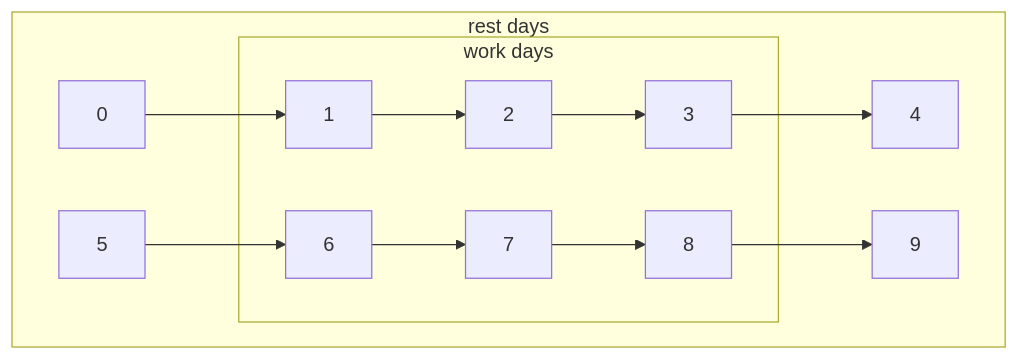
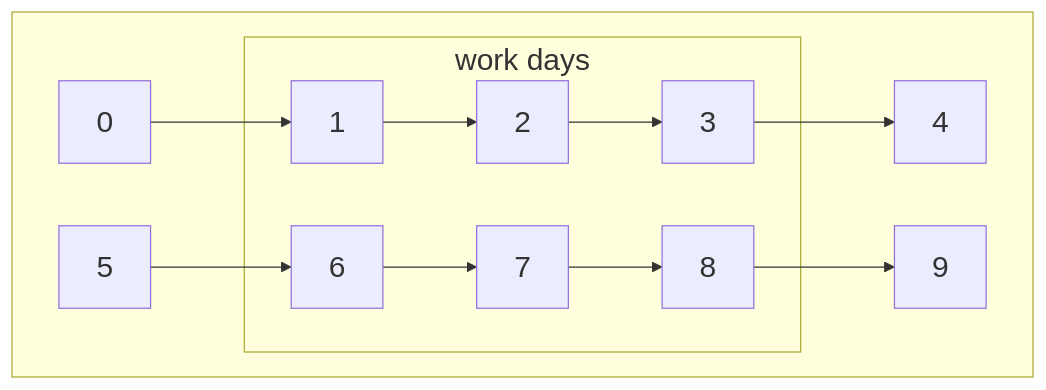
One commit to maptv/maptv.github.io changed the first of 3 diagrams in dec/date/index.qmd. Above: the diagram before and after it, drawn with Mermaid. The commit also changed other lines of this file and 4 other files, not shown here.

Commit message:
Changed files: asset/dark.scss asset/light.scss dec/date/index.qmd dec/date/index_files/figure-commonmark/mermaid-figure-1.png dec/date/index_files/figure-commonmark/mermaid-figure-3.png

````diff
--- a/dec/date/index.qmd
+++ b/dec/date/index.qmd
@@ -289,21 +289,22 @@
 ```{mermaid}
-%%{ init : { "theme" : "default", "flowchart" : { "curve" : "linear" }}}%%
+%%{init: {'theme': 'default', 'themeVariables': { 'fontSize': '24px'}}}%%
 flowchart TB
    A[0]-->B[1]-->C[2]-->D[3]-->E[4]
    F[5]-->G[6]-->H[7]-->I[8]-->J[9]
    subgraph workdays[work days]
    B
    C
    G
    H
    D
    I
    end
    subgraph restdays[rest days]
    A
    F
    E
    J
    workdays
    end
+   style restdays color:transparent;
 ```
````
